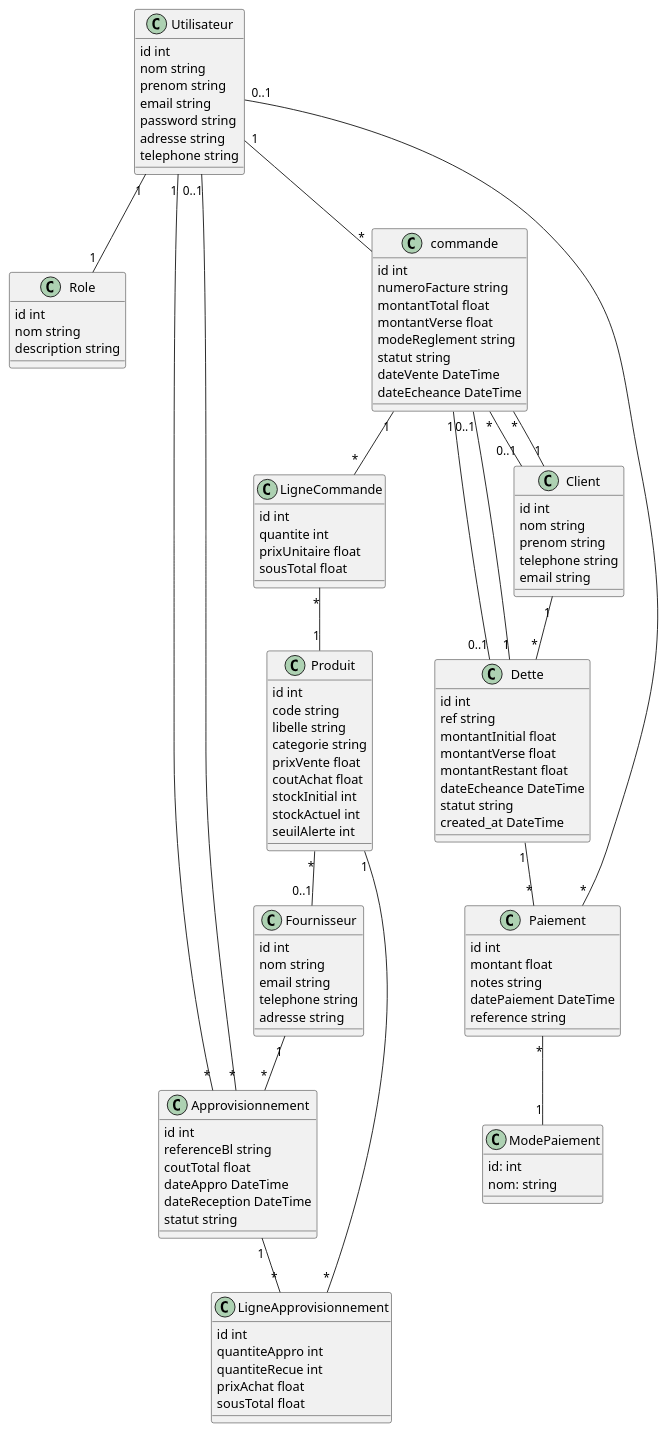
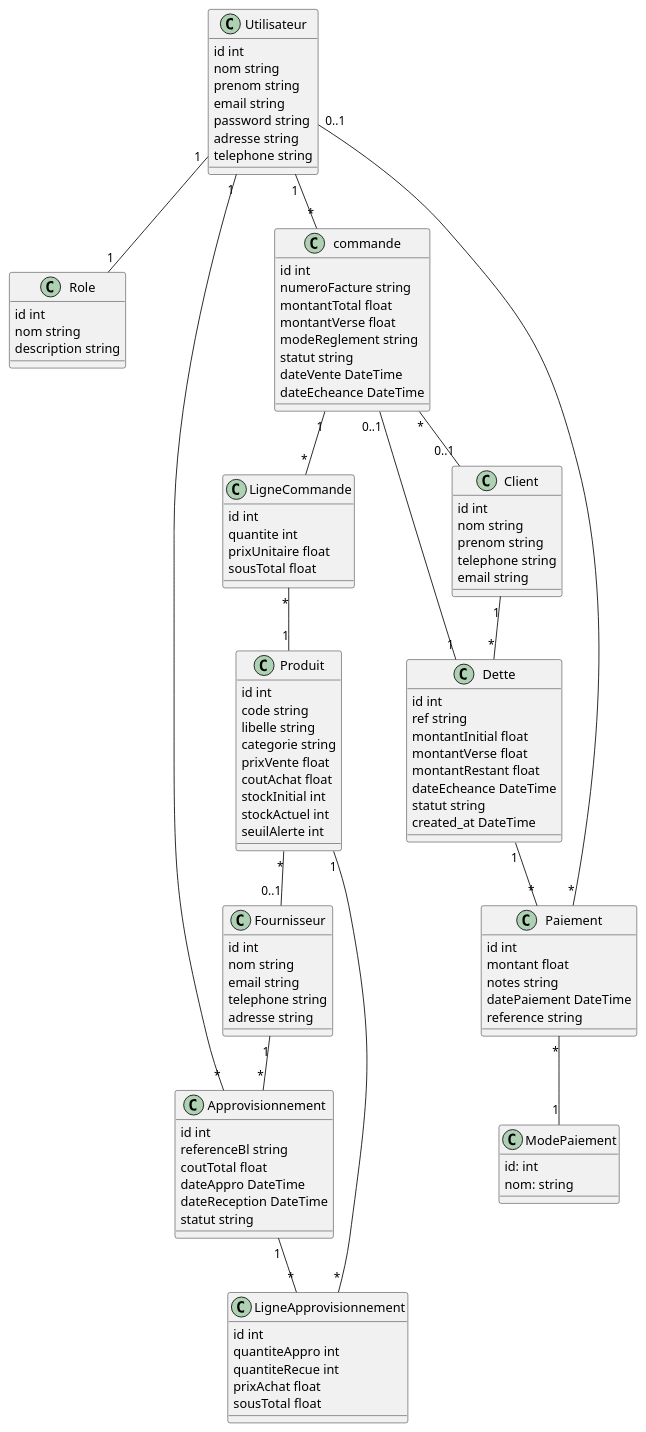
The diagram in docs/diagrammeClasse/diagrammeClasse.puml (ndeyefatoundiour/PROJET_V_D_A), drawn with PlantUML before and after one commit. The commit also changed 18 other files, not shown here.

```diff
--- a/docs/diagrammeClasse/diagrammeClasse.puml
+++ b/docs/diagrammeClasse/diagrammeClasse.puml
@@ -1,143 +1,140 @@
 @startuml gestion vente appro dette
 skinparam classAttributeIconSize 0
 
 class Role {
     id int
     nom string
     description string
 
 }
 
 class Utilisateur {
     id int
     nom string
     prenom string
     email string
     password string
     adresse string
     telephone string
 }
 
 class Client {
     id int
     nom string
     prenom string
     telephone string
     email string
 }  
 
 class Fournisseur {
     id int
     nom string
     email string
     telephone string
     adresse string
    
 }
 
 class Produit {
     id int
     code string
     libelle string
     categorie string
     prixVente float
     coutAchat float
     stockInitial int
     stockActuel int
     seuilAlerte int
     
 }
 
 class commande {
     id int
     numeroFacture string
     montantTotal float
     montantVerse float
     modeReglement string
     statut string
     dateVente DateTime
     dateEcheance DateTime
     
 }
 
 class LigneCommande {
     id int
     quantite int
     prixUnitaire float
     sousTotal float
  
 }
 
 class Dette {
     id int
     ref string
     montantInitial float
     montantVerse float
     montantRestant float
     dateEcheance DateTime
     statut string
     created_at DateTime
   
 }
 
 class Paiement {
     id int
     montant float
     notes string
     datePaiement DateTime
     reference string
 }
 
 class ModePaiement {
      id: int
      nom: string
  
 }
 
 class Approvisionnement {
     id int
     referenceBl string
     coutTotal float
     dateAppro DateTime
     dateReception DateTime
     statut string
  
 }
 
 class LigneApprovisionnement {
      id int
      quantiteAppro int
      quantiteRecue int
      prixAchat float
      sousTotal float
 }
 
 ' Relations 
 
 Utilisateur "1" -- "1" Role 
 Utilisateur "1" -- "*" commande 
 Utilisateur "1" -- "*" Approvisionnement 
 
-Client "1" -- "*" commande 
 Client "1" -- "*" Dette 
 
-commande "1" -- "0..1" Dette 
 commande "1" -- "*" LigneCommande 
 commande "*" -- "0..1" Client 
 LigneCommande "*" -- "1" Produit 
 
 Dette "1" -- "*" Paiement 
 Dette "1" -- "0..1" commande 
 
 Paiement "*" -- "1" ModePaiement 
 Paiement "*" -- "0..1" Utilisateur 
 Fournisseur "1" -- "*" Approvisionnement 
 
 Approvisionnement "1" -- "*" LigneApprovisionnement 
-Approvisionnement "*" -- "0..1" Utilisateur 
 
 LigneApprovisionnement "*" -- "1" Produit 
 
 Produit "*" -- "0..1" Fournisseur 
 
 @enduml
```
